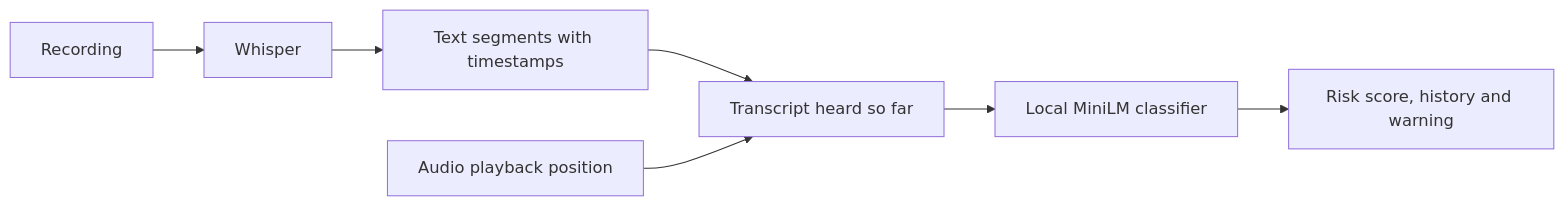
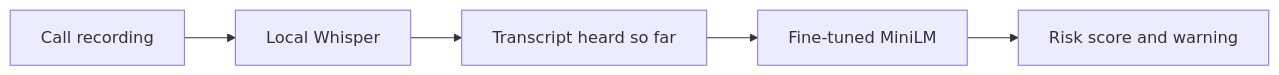
One commit to ZellerhoffBen/swissscam changed the diagram in README.md. Above: the diagram before and after it, drawn with Mermaid. The commit also changed other lines of this file and 27 other files, not shown here.

````diff
--- a/README.md
+++ b/README.md
@@ -48,9 +18,7 @@
 ```mermaid
 flowchart LR
-    A[Recording] --> B[Whisper]
-    B --> C[Text segments with timestamps]
-    C --> D[Transcript heard so far]
-    P[Audio playback position] --> D
-    D --> E[Local MiniLM classifier]
-    E --> F[Risk score, history and warning]
+    A[Call recording] --> B[Local Whisper]
+    B --> C[Transcript heard so far]
+    C --> D[Fine-tuned MiniLM]
+    D --> E[Risk score and warning]
 ```
````
